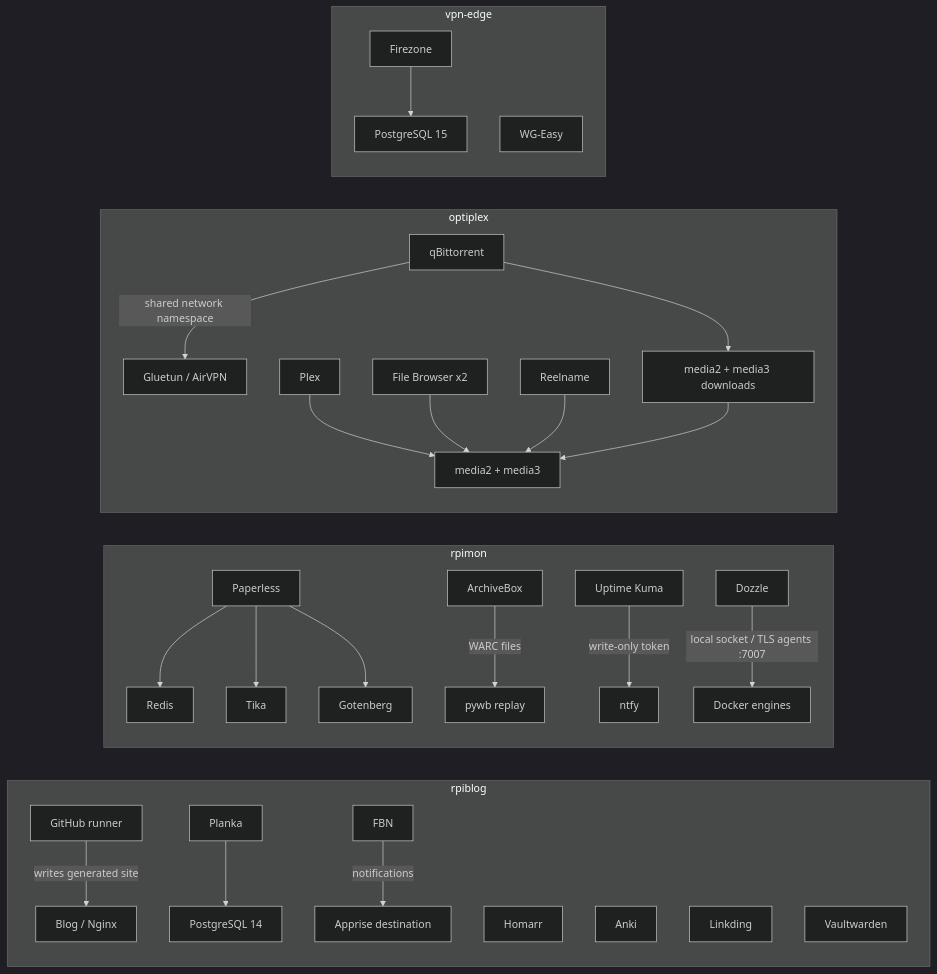
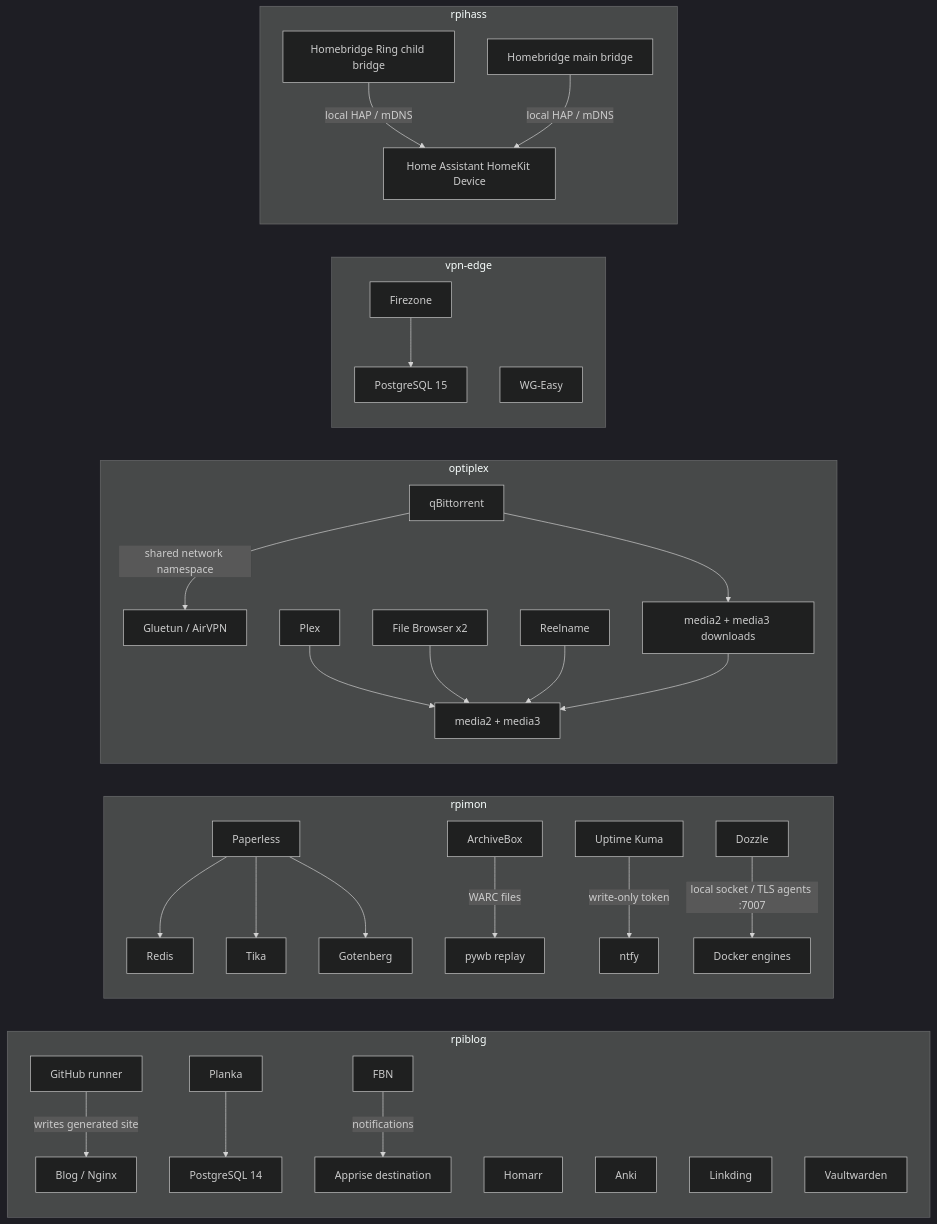
Before and after one commit to viseshrp/homelab: the second of 2 diagrams in docs/architecture.md, drawn with Mermaid (dark theme). The commit also changed 4 other files, not shown here.

Commit message:
Document Homebridge Ring and Home Assistant pairing

````diff
--- a/docs/architecture.md
+++ b/docs/architecture.md
@@ -47,35 +47,40 @@
 ```mermaid
 flowchart LR
     subgraph web["rpiblog"]
         runner["GitHub runner"] -->|"writes generated site"| blog["Blog / Nginx"]
         planka["Planka"] --> plankaDb["PostgreSQL 14"]
         homarr["Homarr"]
         anki["Anki"]
         linkding["Linkding"]
         vaultwarden["Vaultwarden"]
         fbn["FBN"] -->|"notifications"| apprise["Apprise destination"]
     end
 
     subgraph observability["rpimon"]
         paperless["Paperless"] --> redis["Redis"]
         paperless --> tika["Tika"]
         paperless --> gotenberg["Gotenberg"]
         archivebox["ArchiveBox"] -->|"WARC files"| pywb["pywb replay"]
         kuma["Uptime Kuma"] -->|"write-only token"| ntfy["ntfy"]
         dozzle["Dozzle"] -->|"local socket / TLS agents :7007"| dockerHosts["Docker engines"]
     end
 
     subgraph media["optiplex"]
         qbit["qBittorrent"] -->|"shared network namespace"| gluetun["Gluetun / AirVPN"]
         qbit --> downloads["media2 + media3 downloads"]
         plex["Plex"] --> mediaTrees["media2 + media3"]
         filebrowser["File Browser x2"] --> mediaTrees
         reelname["Reelname"] --> mediaTrees
         downloads --> mediaTrees
     end
 
     subgraph remote["vpn-edge"]
         firezone["Firezone"] --> firezoneDb["PostgreSQL 15"]
         wgeasy["WG-Easy"]
     end
+
+    subgraph automation["rpihass"]
+        ringPlugin["Homebridge Ring child bridge"] -->|"local HAP / mDNS"| homeAssistant["Home Assistant HomeKit Device"]
+        homebridge["Homebridge main bridge"] -->|"local HAP / mDNS"| homeAssistant
+    end
 ```
````
